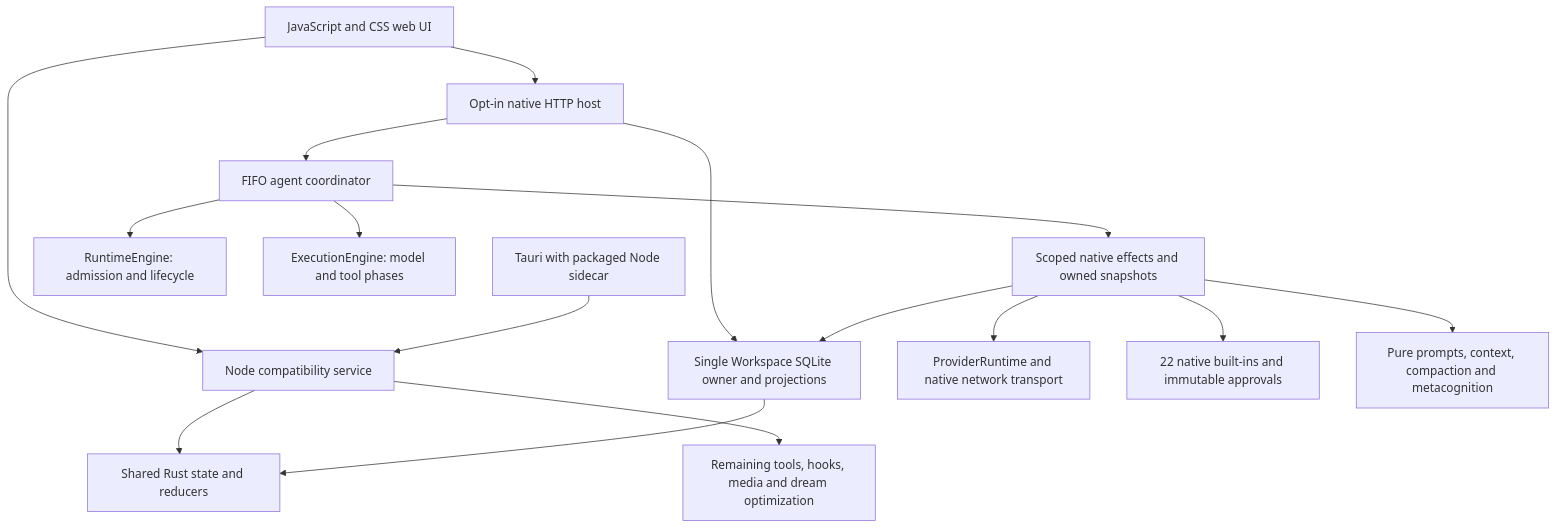
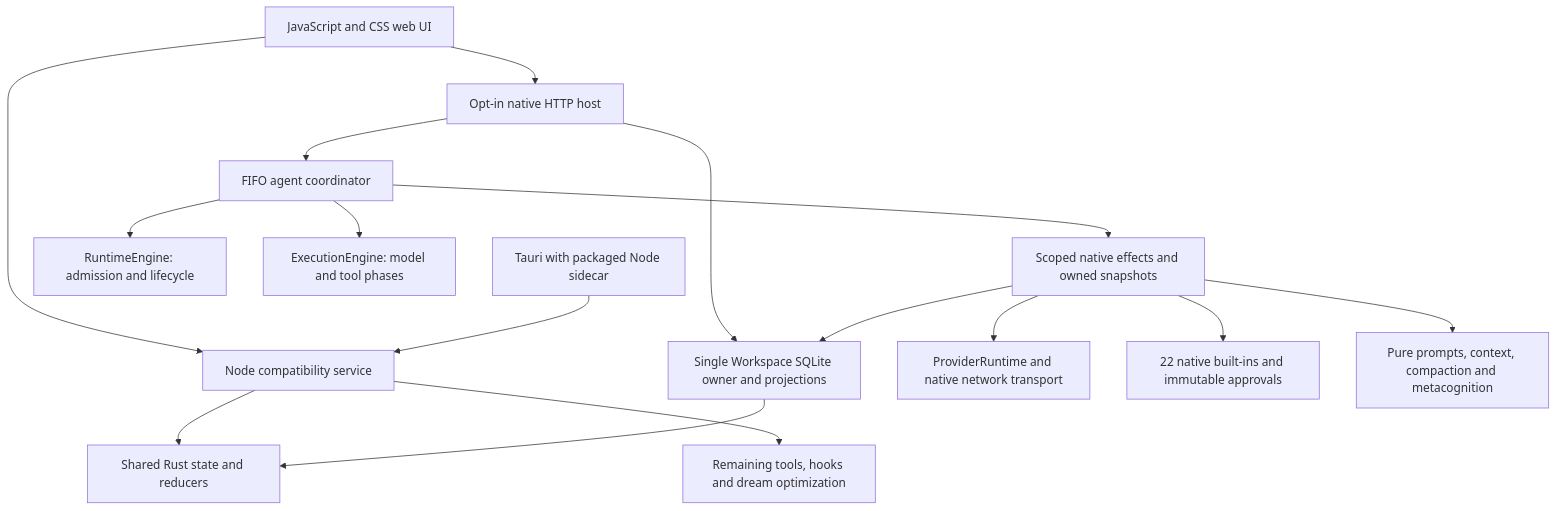
One commit to coco4atJP/Tepora-alpha changed the diagram in Tepora-v3/docs/ARCHITECTURE.md. Above: the diagram before and after it, drawn with Mermaid. The commit also changed other lines of this file and 13 other files, not shown here.

````diff
--- a/Tepora-v3/docs/ARCHITECTURE.md
+++ b/Tepora-v3/docs/ARCHITECTURE.md
@@ -7,18 +7,18 @@
 ```mermaid
 flowchart TD
     UI[JavaScript and CSS web UI] --> Node[Node compatibility service]
     UI --> Native[Opt-in native HTTP host]
     Desktop[Tauri with packaged Node sidecar] --> Node
     Node --> Core[Shared Rust state and reducers]
     Native --> Workspace[Single Workspace SQLite owner and projections]
     Workspace --> Core
     Native --> Actor[FIFO agent coordinator]
     Actor --> Runtime[RuntimeEngine: admission and lifecycle]
     Actor --> Execution[ExecutionEngine: model and tool phases]
     Actor --> Host[Scoped native effects and owned snapshots]
     Host --> Provider[ProviderRuntime and native network transport]
     Host --> Tools[22 native built-ins and immutable approvals]
     Host --> Harness[Pure prompts, context, compaction and metacognition]
     Host --> Workspace
-    Node --> Compatibility[Remaining tools, hooks, media and dream optimization]
+    Node --> Compatibility[Remaining tools, hooks and dream optimization]
 ```
````
